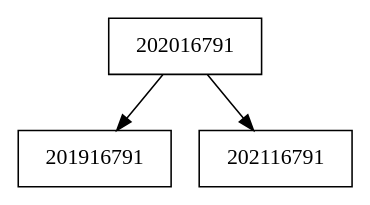
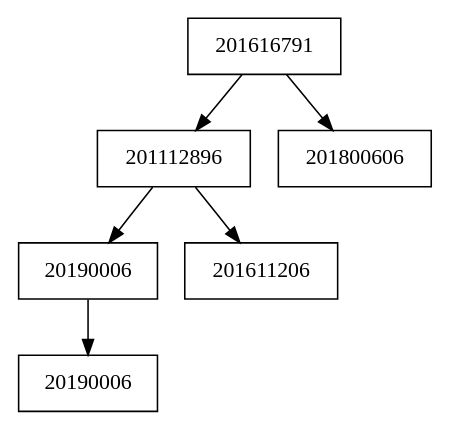
One commit to erclem1998/conferenciaEDD changed the diagram in backend/grafo.dot. Above: the diagram before and after it, drawn with Graphviz. The commit also changed 5 other files, not shown here.

```diff
--- a/backend/grafo.dot
+++ b/backend/grafo.dot
@@ -1,8 +1,14 @@
 digraph G{
 node[shape="box"]
-Nodo0[label="202016791"];
-Nodo1[label="201916791"];
+Nodo0[label="201616791"];
+Nodo1[label="201112896"];
 Nodo0->Nodo1;
-Nodo2[label="202116791"];
-Nodo0->Nodo2;
+Nodo2[label="20190006"];
+Nodo1->Nodo2;
+Nodo3[label="20190006"];
+Nodo2->Nodo3;
+Nodo4[label="201611206"];
+Nodo1->Nodo4;
+Nodo5[label="201800606"];
+Nodo0->Nodo5;
 }
```
